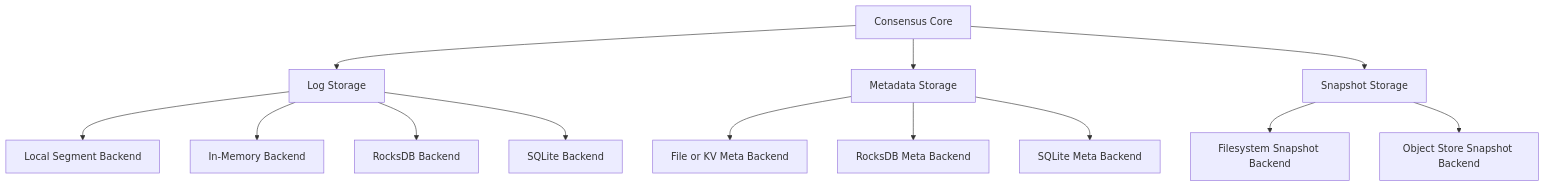
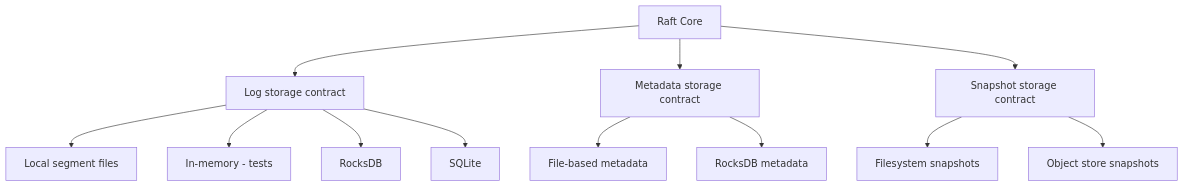
The diagram in docs/explanation/storage-layer.md (bringhurst/quorumkit), drawn with Mermaid before and after one commit. The commit also changed other lines of this file and 24 other files, not shown here.

````diff
--- a/docs/explanation/storage-layer.md
+++ b/docs/explanation/storage-layer.md
@@ -12,15 +12,14 @@
 ```mermaid
 flowchart TD
-    Core[Consensus Core] --> Log[Log Storage]
-    Core --> Meta[Metadata Storage]
-    Core --> Snap[Snapshot Storage]
-    Log --> Segment[Local Segment Backend]
-    Log --> Memory[In-Memory Backend]
-    Log --> Rocks[RocksDB Backend]
-    Log --> Sqlite[SQLite Backend]
-    Meta --> FileMeta[File or KV Meta Backend]
-    Meta --> RocksMeta[RocksDB Meta Backend]
-    Meta --> SqliteMeta[SQLite Meta Backend]
-    Snap --> LocalSnap[Filesystem Snapshot Backend]
-    Snap --> ObjSnap[Object Store Snapshot Backend]
+    Core[Raft Core] --> Log[Log storage contract]
+    Core --> Meta[Metadata storage contract]
+    Core --> Snap[Snapshot storage contract]
+    Log --> Segment[Local segment files]
+    Log --> Memory[In-memory - tests]
+    Log --> Rocks[RocksDB]
+    Log --> Sqlite[SQLite]
+    Meta --> FileMeta[File-based metadata]
+    Meta --> RocksMeta[RocksDB metadata]
+    Snap --> LocalSnap[Filesystem snapshots]
+    Snap --> ObjSnap[Object store snapshots]
 ```
````
